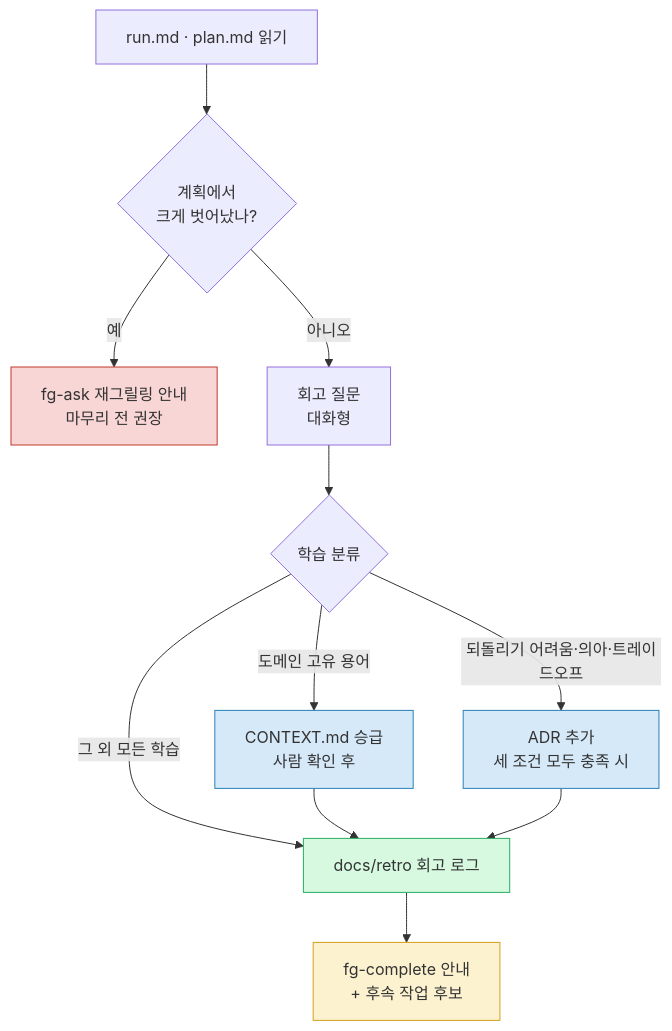
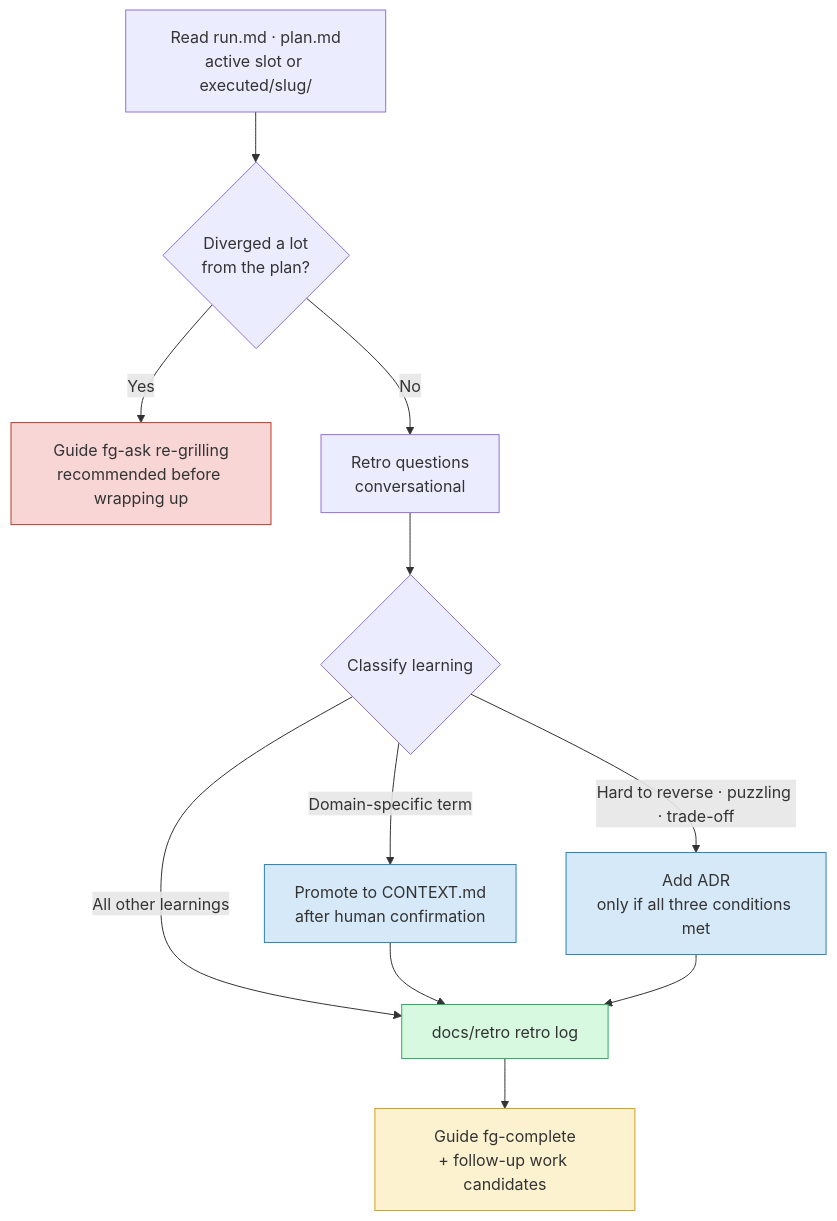
One commit to gyuha/forge changed the diagram in skills/fg-learn/SKILL.md. Above: the diagram before and after it, drawn with Mermaid. The commit also changed other lines of this file and 9 other files, not shown here.

````diff
--- a/skills/fg-learn/SKILL.md
+++ b/skills/fg-learn/SKILL.md
@@ -56,19 +60,19 @@
 ```mermaid
 flowchart TD
-    A[run.md · plan.md 읽기] --> B{계획에서<br/>크게 벗어났나?}
-    B -- 예 --> R[fg-ask 재그릴링 안내<br/>마무리 전 권장]
-    B -- 아니오 --> C[회고 질문<br/>대화형]
-    C --> D{학습 분류}
-    D -- 도메인 고유 용어 --> E[CONTEXT.md 승급<br/>사람 확인 후]
-    D -- 되돌리기 어려움·의아·트레이드오프 --> F[ADR 추가<br/>세 조건 모두 충족 시]
-    D -- 그 외 모든 학습 --> G[docs/retro 회고 로그]
+    A[Read run.md · plan.md<br/>active slot or executed/slug/] --> B{Diverged a lot<br/>from the plan?}
+    B -- Yes --> R[Guide fg-ask re-grilling<br/>recommended before wrapping up]
+    B -- No --> C[Retro questions<br/>conversational]
+    C --> D{Classify learning}
+    D -- Domain-specific term --> E[Promote to CONTEXT.md<br/>after human confirmation]
+    D -- Hard to reverse · puzzling · trade-off --> F[Add ADR<br/>only if all three conditions met]
+    D -- All other learnings --> G[docs/retro retro log]
     E --> G
     F --> G
-    G --> H[fg-complete 안내<br/>+ 후속 작업 후보]
+    G --> H[Guide fg-complete<br/>+ follow-up work candidates]
 
     style R fill:#f9d6d6,stroke:#c0392b
     style E fill:#d6e9f9,stroke:#2980b9
     style F fill:#d6e9f9,stroke:#2980b9
     style G fill:#d6f9e0,stroke:#27ae60
     style H fill:#fdf2d0,stroke:#d4a017
 ```
````
